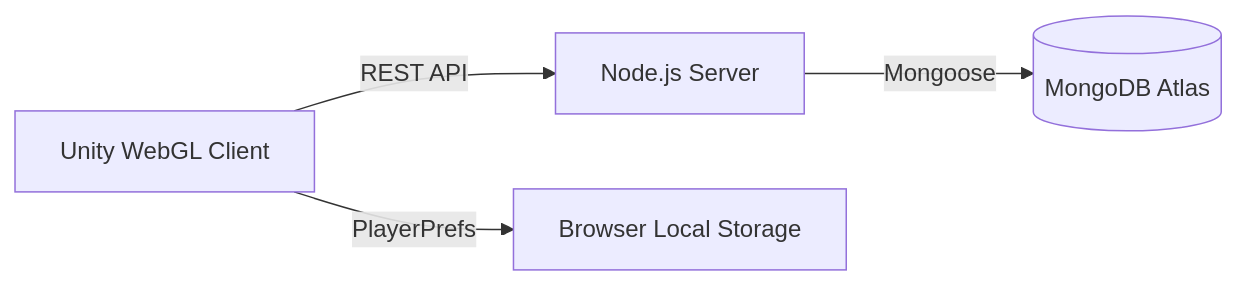
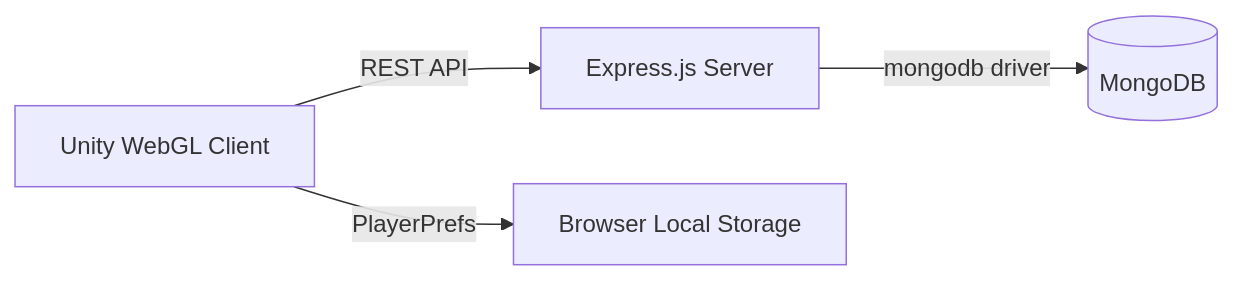
Before and after one commit to Nergy197/lt-web-NT208.Q22: the diagram in README.md, drawn with Mermaid. The commit also changed other lines of this file and 2 other files, not shown here.

````diff
--- a/README.md
+++ b/README.md
@@ -49,6 +57,6 @@
 ```mermaid
 graph LR
-    A[Unity WebGL Client] -- REST API --> B[Node.js Server]
-    B -- Mongoose --> C[(MongoDB Atlas)]
+    A[Unity WebGL Client] -- REST API --> B[Express.js Server]
+    B -- mongodb driver --> C[(MongoDB)]
     A -- PlayerPrefs --> D[Browser Local Storage]
 ```
````
